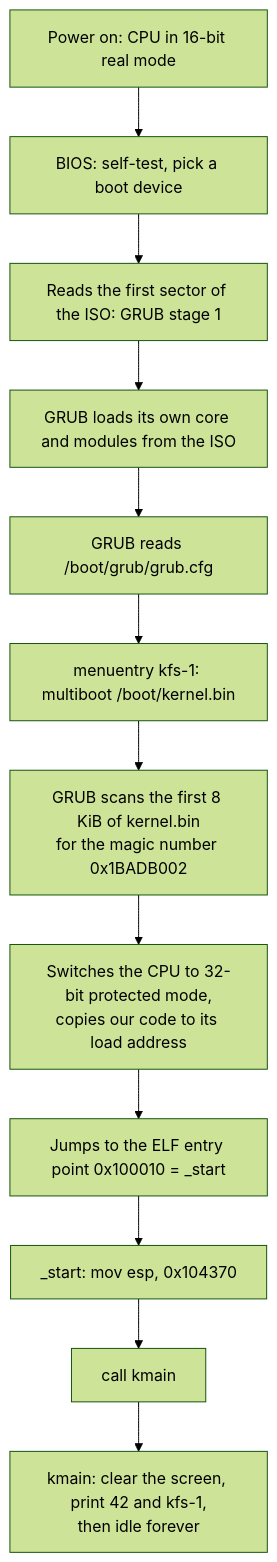
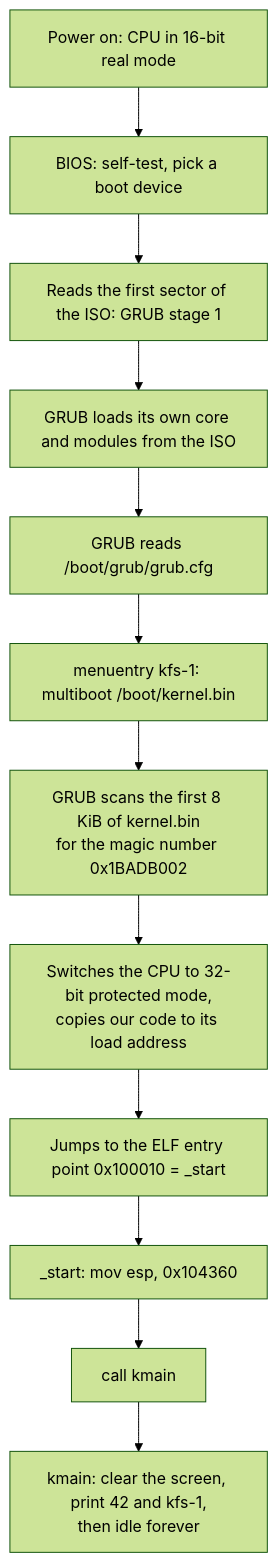
The diagram in docs/ARCHITECTURE.md (suiramdev/42-kfs), drawn with Mermaid (forest theme) before and after one commit. The commit also changed other lines of this file and 4 other files, not shown here.

````diff
--- a/docs/ARCHITECTURE.md
+++ b/docs/ARCHITECTURE.md
@@ -62,14 +65,14 @@
 ```mermaid
 graph TD
     A[Power on: CPU in 16-bit real mode] --> B[BIOS: self-test, pick a boot device]
     B --> C[Reads the first sector of the ISO: GRUB stage 1]
     C --> D[GRUB loads its own core and modules from the ISO]
     D --> E[GRUB reads /boot/grub/grub.cfg]
     E --> F[menuentry kfs-1: multiboot /boot/kernel.bin]
     F --> G[GRUB scans the first 8 KiB of kernel.bin<br/>for the magic number 0x1BADB002]
     G --> H[Switches the CPU to 32-bit protected mode,<br/>copies our code to its load address]
     H --> I[Jumps to the ELF entry point 0x100010 = _start]
-    I --> J[_start: mov esp, 0x104370]
+    I --> J[_start: mov esp, 0x104360]
     J --> K[call kmain]
     K --> L[kmain: clear the screen, print 42 and kfs-1,<br/>then idle forever]
 ```
````
